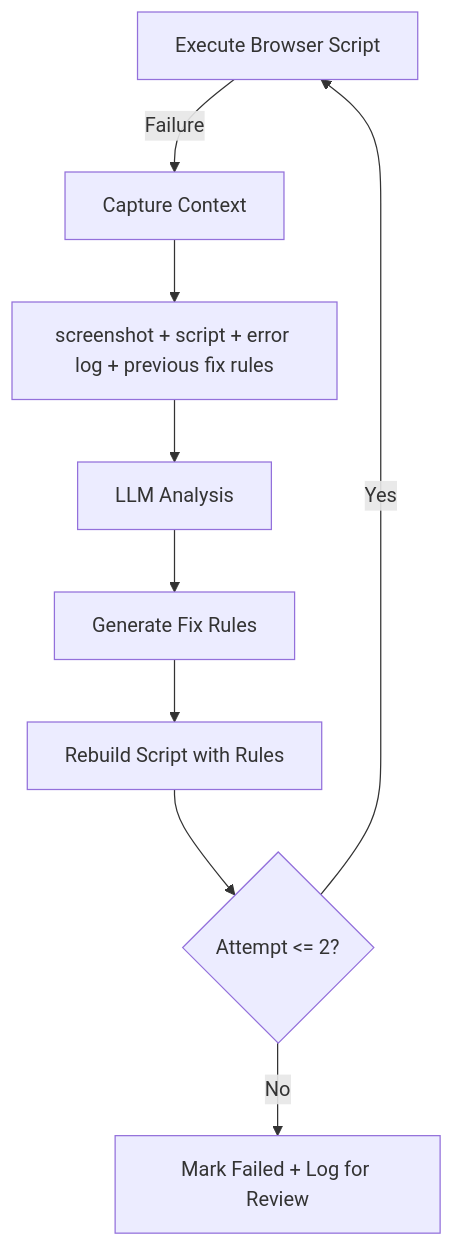
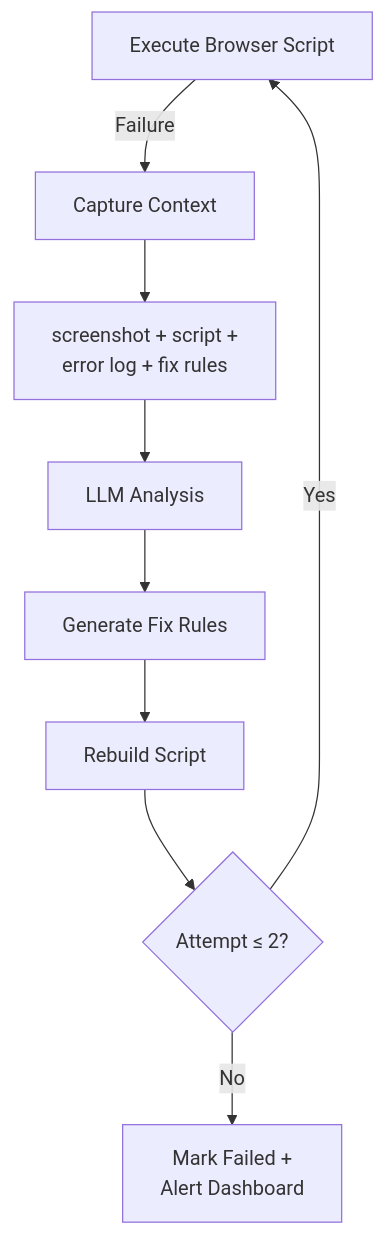
One commit to web3ToolBoxDev/toolBoxClient changed the third of 3 diagrams in README.md. Above: the diagram before and after it, drawn with Mermaid. The commit also changed other lines of this file, not shown here.

First line of the commit message:
docs: rewrite README as platform architecture — agents connect via protocol

````diff
--- a/README.md
+++ b/README.md
@@ -58,11 +92,11 @@
 ```mermaid
 flowchart TD
     A[Execute Browser Script] -->|Failure| B[Capture Context]
-    B --> C[screenshot + script + error log + previous fix rules]
+    B --> C[screenshot + script +<br/>error log + fix rules]
     C --> D[LLM Analysis]
     D --> E[Generate Fix Rules]
-    E --> F[Rebuild Script with Rules]
-    F --> G{Attempt <= 2?}
+    E --> F[Rebuild Script]
+    F --> G{Attempt ≤ 2?}
     G -->|Yes| A
-    G -->|No| H[Mark Failed + Log for Review]
+    G -->|No| H[Mark Failed +<br/>Alert Dashboard]
 ```
````
